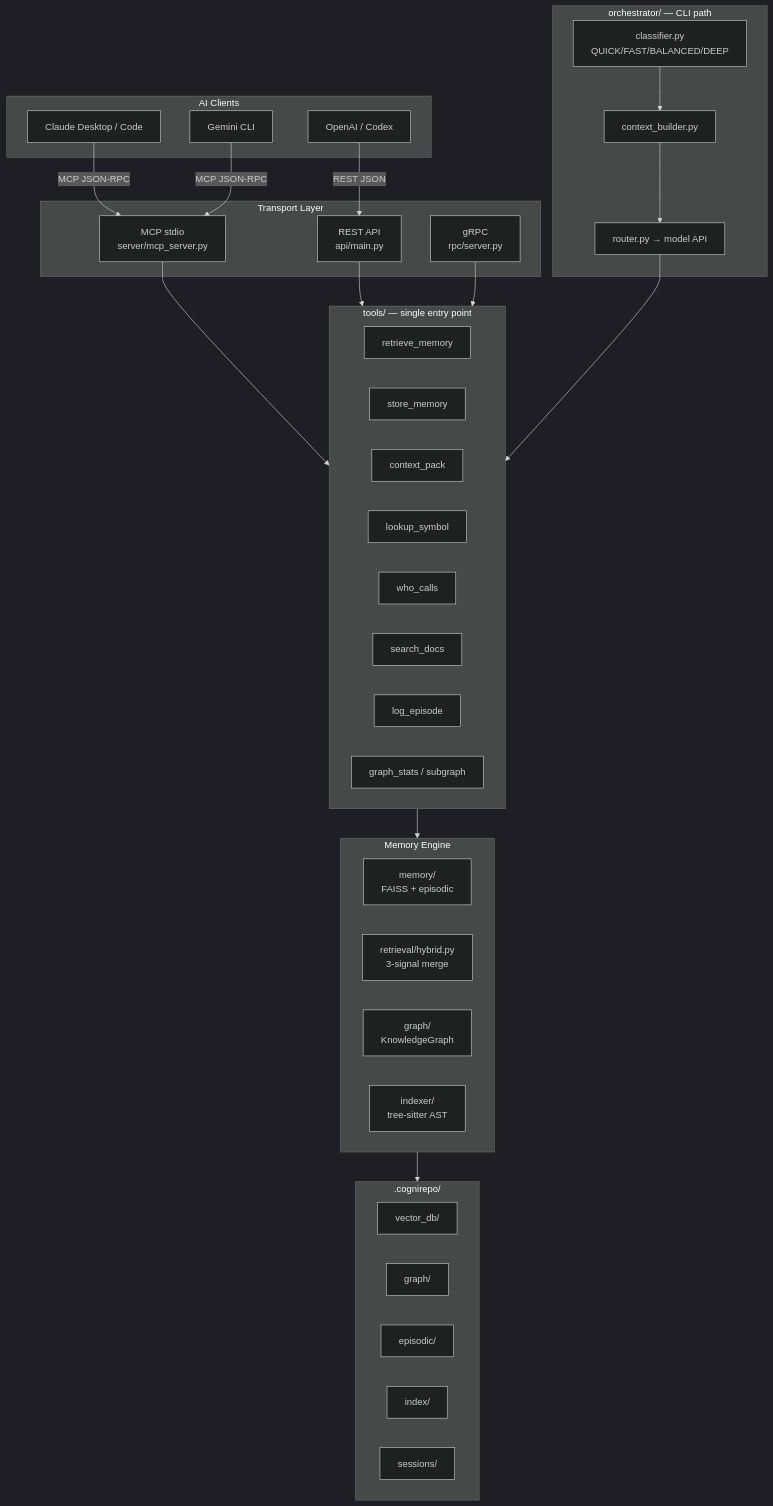
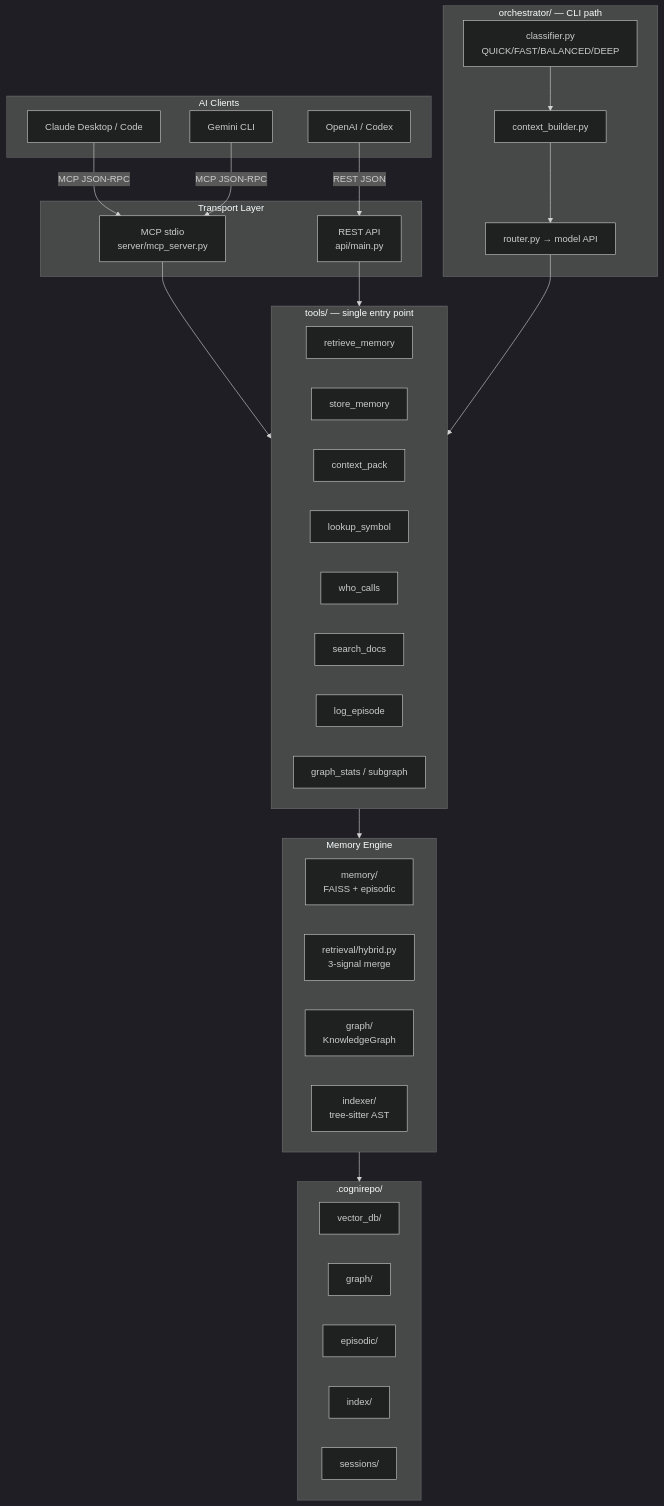
One commit to ashlesh-t/cognirepo changed the diagram in docs/architecture/diagrams/system-overview.mmd. Above: the diagram before and after it, drawn with Mermaid (dark theme). The commit also changed 43 other files, not shown here.

```diff
--- a/docs/architecture/diagrams/system-overview.mmd
+++ b/docs/architecture/diagrams/system-overview.mmd
@@ -1,55 +1,53 @@
 graph TD
     subgraph Clients["AI Clients"]
         C[Claude Desktop / Code]
         G[Gemini CLI]
         O[OpenAI / Codex]
     end
 
     subgraph Transport["Transport Layer"]
         MCP[MCP stdio<br/>server/mcp_server.py]
         REST[REST API<br/>api/main.py]
-        GRPC[gRPC<br/>rpc/server.py]
     end
 
     subgraph Tools["tools/ — single entry point"]
         T1[retrieve_memory]
         T2[store_memory]
         T3[context_pack]
         T4[lookup_symbol]
         T5[who_calls]
         T6[search_docs]
         T7[log_episode]
         T8[graph_stats / subgraph]
     end
 
     subgraph Engine["Memory Engine"]
         MEM[memory/<br/>FAISS + episodic]
         RET[retrieval/hybrid.py<br/>3-signal merge]
         GRA[graph/<br/>KnowledgeGraph]
         IDX[indexer/<br/>tree-sitter AST]
     end
 
     subgraph Storage[".cognirepo/"]
         VDB[vector_db/]
         GPH[graph/]
         EPI[episodic/]
         IND[index/]
         SES[sessions/]
     end
 
     subgraph Orchestrator["orchestrator/ — CLI path"]
         CLS[classifier.py<br/>QUICK/FAST/BALANCED/DEEP]
         CTX[context_builder.py]
         RTR[router.py → model API]
     end
 
     C -->|MCP JSON-RPC| MCP
     G -->|MCP JSON-RPC| MCP
     O -->|REST JSON| REST
     MCP --> Tools
     REST --> Tools
-    GRPC --> Tools
     Tools --> Engine
     Engine --> Storage
     CLS --> CTX --> RTR
     RTR --> Tools
```
